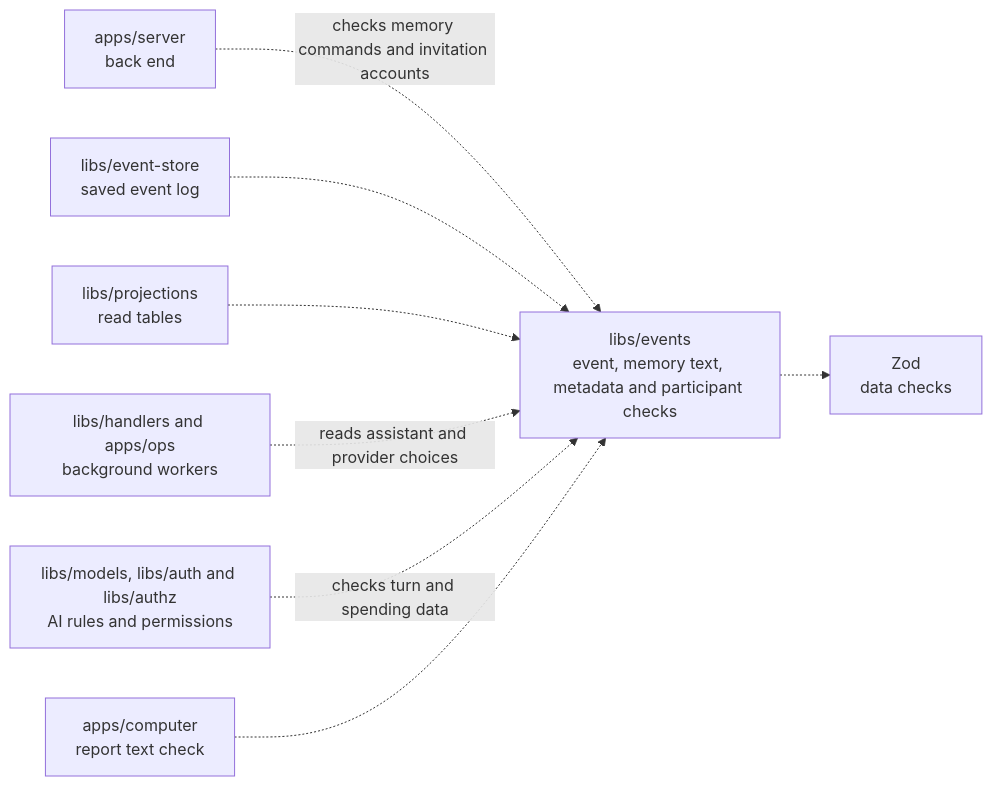
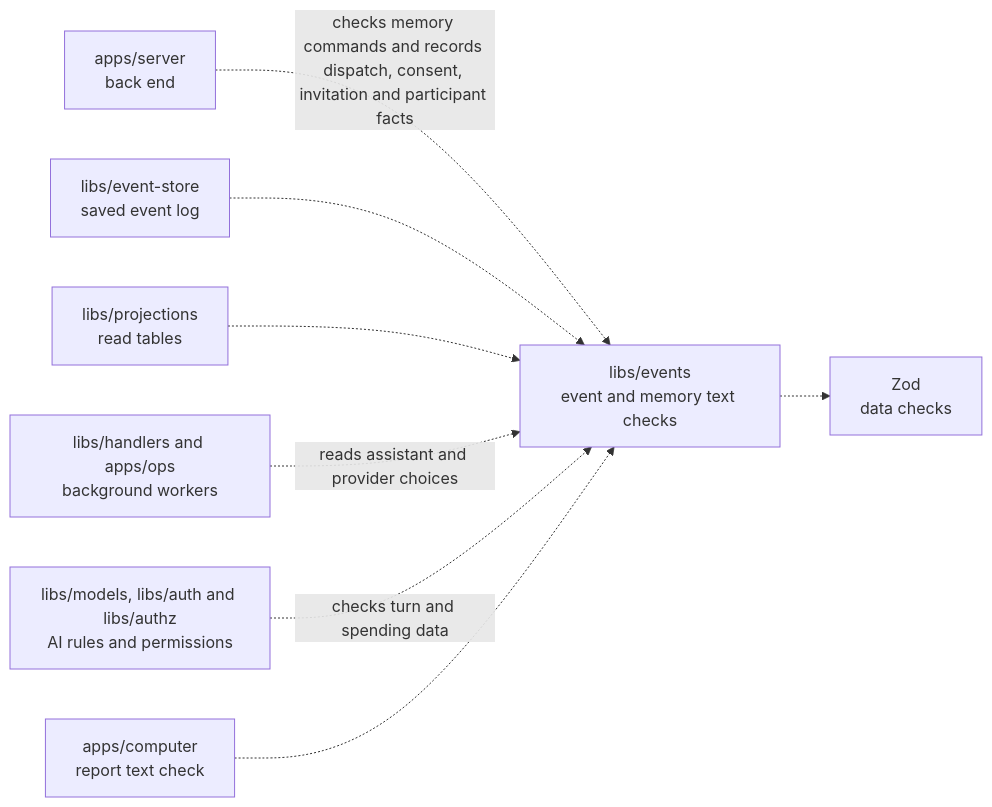
Before and after one commit to elewa-git/opencrane-new: the diagram in libs/events/README.md, drawn with Mermaid. The commit also changed other lines of this file and 37 other files, not shown here.

````diff
--- a/libs/events/README.md
+++ b/libs/events/README.md
@@ -23,10 +23,10 @@
 ```mermaid
 flowchart LR
-  server["apps/server<br/>back end"] -.->|checks memory commands and invitation accounts| events["libs/events<br/>event, memory text, metadata and participant checks"]
+  server["apps/server<br/>back end"] -.->|checks memory commands and records dispatch, consent, invitation and participant facts| events["libs/events<br/>event and memory text checks"]
   store["libs/event-store<br/>saved event log"] -.-> events
   projections["libs/projections<br/>read tables"] -.-> events
   workers["libs/handlers and apps/ops<br/>background workers"] -.->|reads assistant and provider choices| events
   others["libs/models, libs/auth and libs/authz<br/>AI rules and permissions"] -.->|checks turn and spending data| events
   computer["apps/computer<br/>report text check"] -.-> events
   events -.-> zod["Zod<br/>data checks"]
 ```
````
